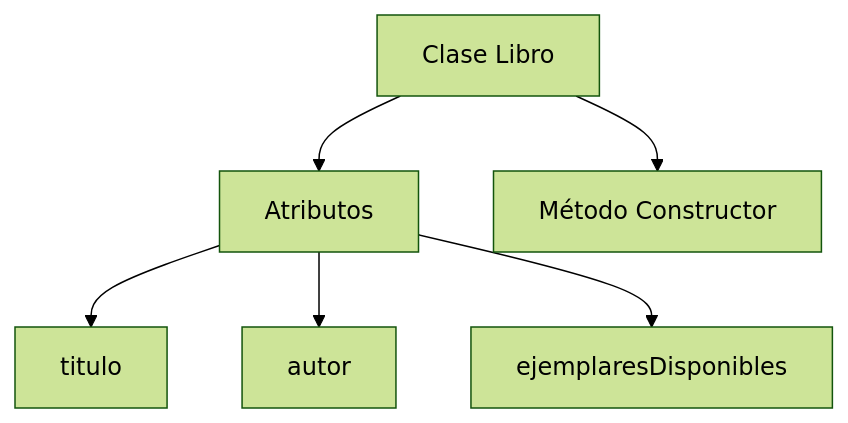
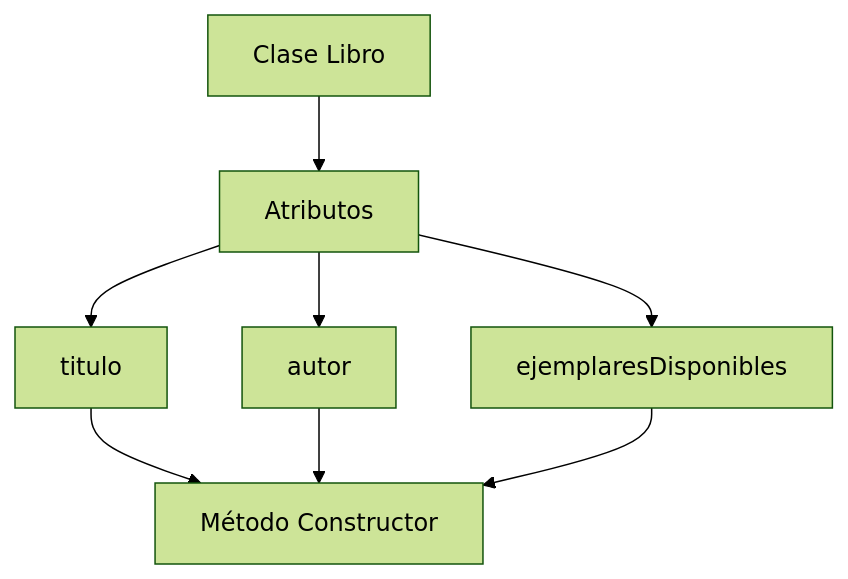
The third of 12 diagrams in README.md (Chipitor/trabajo-equipo), drawn with Mermaid (forest theme) before and after one commit. The commit also changed other lines of this file, not shown here.

First line of the commit message:
Refactor class diagrams and clean up

````diff
--- a/README.md
+++ b/README.md
@@ -295,13 +293,15 @@
 ```mermaid
 flowchart TD
 
     A[Clase Libro]
 
     A --> B[Atributos]
 
     B --> B1[titulo]
     B --> B2[autor]
     B --> B3[ejemplaresDisponibles]
 
-    A --> C[Método Constructor]
+    B1 --> C[Método Constructor]
+	B2 --> C
+	B3 --> C
 ```
````
